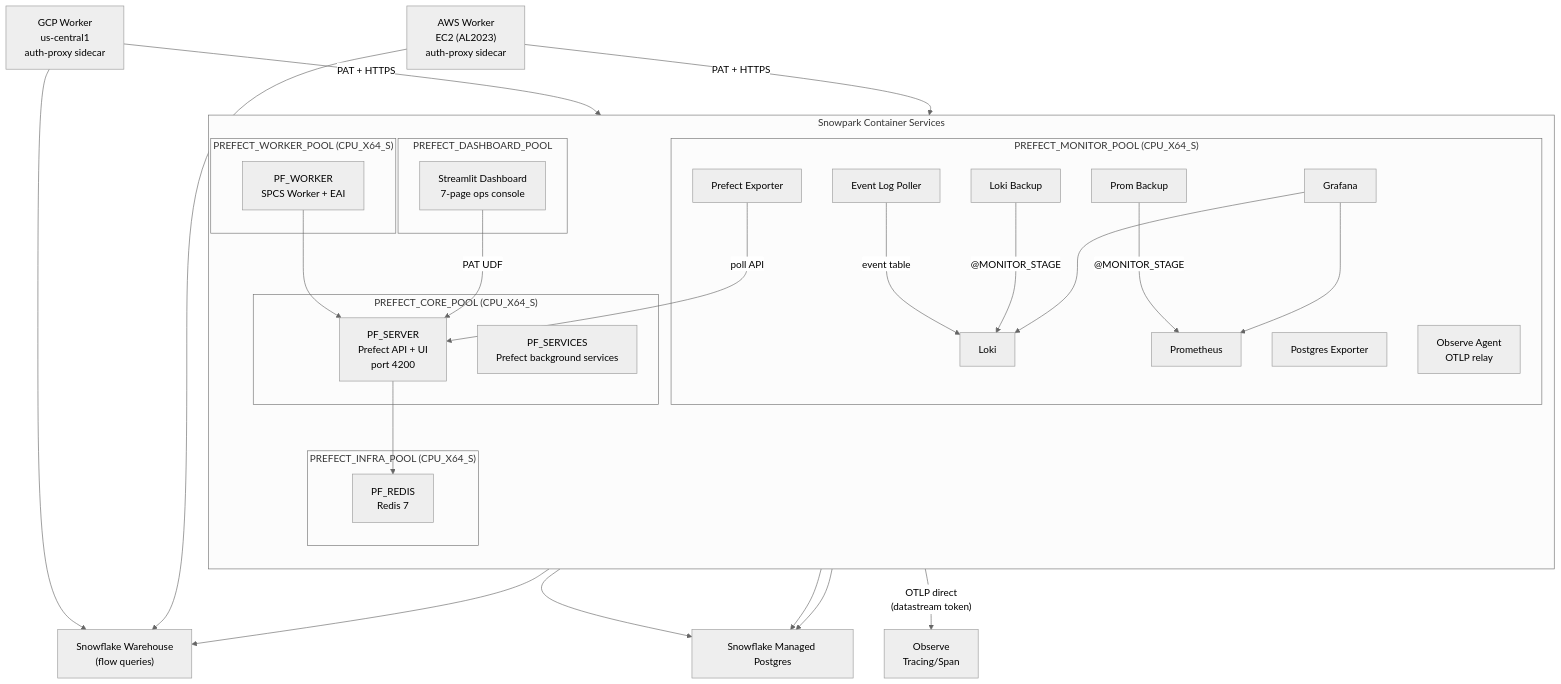
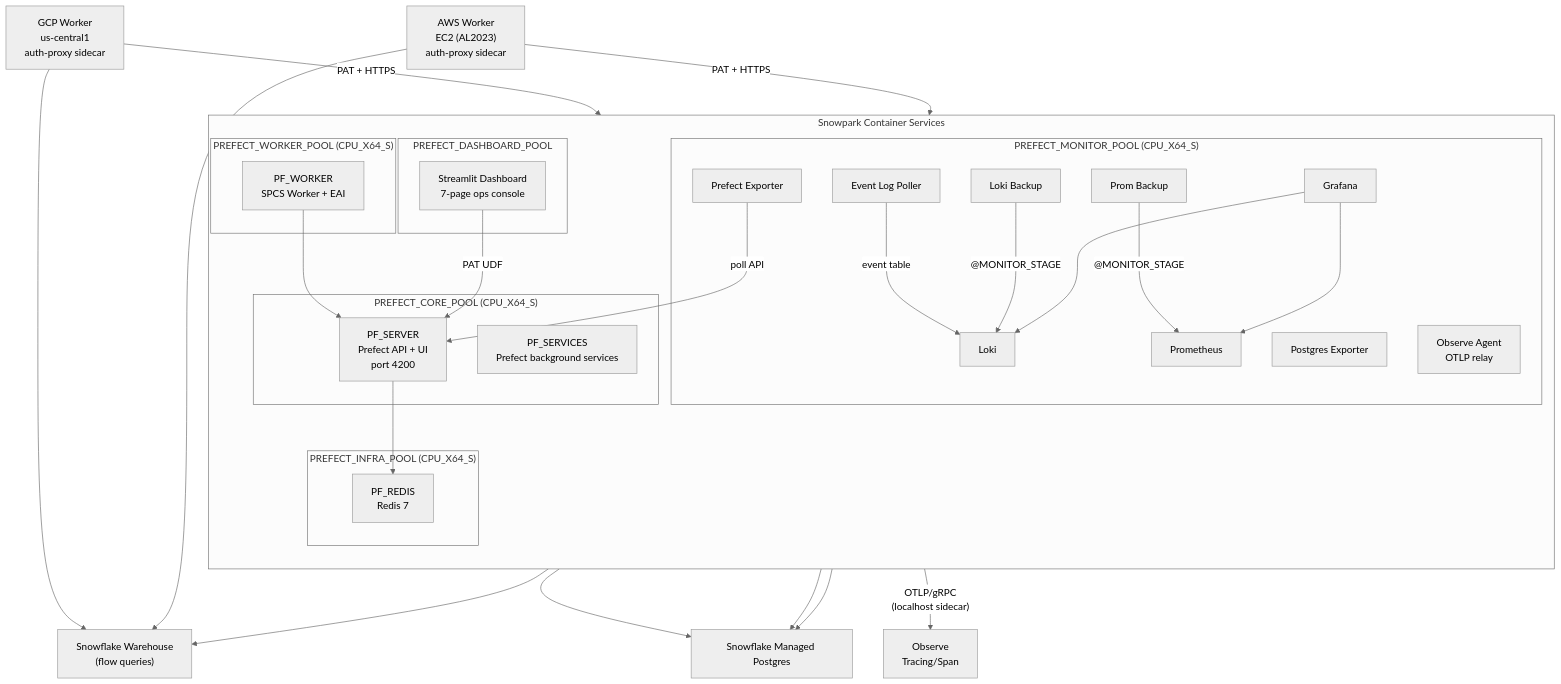
One commit to sfc-gh-jkang/prefect-on-snowflake changed the diagram in README.md. Above: the diagram before and after it, drawn with Mermaid (neutral theme). The commit also changed other lines of this file and 7 other files, not shown here.

First line of the commit message:
Fix Observe trace pipeline: switch to gRPC sidecar relay, add explicit traces/forward pipeline

````diff
--- a/README.md
+++ b/README.md
@@ -56,54 +56,54 @@
 ```mermaid
 graph TB
     subgraph SPCS["Snowpark Container Services"]
         direction TB
         subgraph CORE["PREFECT_CORE_POOL (CPU_X64_S)"]
             SERVER["PF_SERVER<br/>Prefect API + UI<br/>port 4200"]
             SERVICES["PF_SERVICES<br/>Prefect background services"]
         end
         subgraph INFRA["PREFECT_INFRA_POOL (CPU_X64_S)"]
             REDIS["PF_REDIS<br/>Redis 7"]
         end
         subgraph WORKER_POOL["PREFECT_WORKER_POOL (CPU_X64_S)"]
             WORKER["PF_WORKER<br/>SPCS Worker + EAI"]
         end
         subgraph MON["PREFECT_MONITOR_POOL (CPU_X64_S)"]
             PROM["Prometheus"]
             GRAFANA["Grafana"]
             LOKI["Loki"]
             EXPORTER["Prefect Exporter"]
             POLLER["Event Log Poller"]
             PG_EXP["Postgres Exporter"]
             PROM_BK["Prom Backup"]
             LOKI_BK["Loki Backup"]
             OBS_AGENT["Observe Agent<br/>OTLP relay"]
         end
         subgraph DASH["PREFECT_DASHBOARD_POOL"]
             SIS["Streamlit Dashboard<br/>7-page ops console"]
         end
     end
 
     PG["Snowflake Managed Postgres"]
     SF["Snowflake Warehouse<br/>(flow queries)"]
     GCP["GCP Worker<br/>us-central1<br/>auth-proxy sidecar"]
     AWS["AWS Worker<br/>EC2 (AL2023)<br/>auth-proxy sidecar"]
 
     SERVER --> PG
     SERVER --> REDIS
     SERVICES --> PG
     WORKER --> SERVER
     WORKER --> SF
     GCP -->|"PAT + HTTPS"| SERVER
     AWS -->|"PAT + HTTPS"| SERVER
     GCP --> SF
     AWS --> SF
     EXPORTER -->|"poll API"| SERVER
     PG_EXP --> PG
     POLLER -->|"event table"| LOKI
     PROM_BK -->|"@MONITOR_STAGE"| PROM
     LOKI_BK -->|"@MONITOR_STAGE"| LOKI
-    WORKER -->|"OTLP direct<br/>(datastream token)"| OBSERVE["Observe<br/>Tracing/Span"]
+    WORKER -->|"OTLP/gRPC<br/>(localhost sidecar)"| OBSERVE["Observe<br/>Tracing/Span"]
     GRAFANA --> PROM
     GRAFANA --> LOKI
     SIS -->|"PAT UDF"| SERVER
 ```
````
